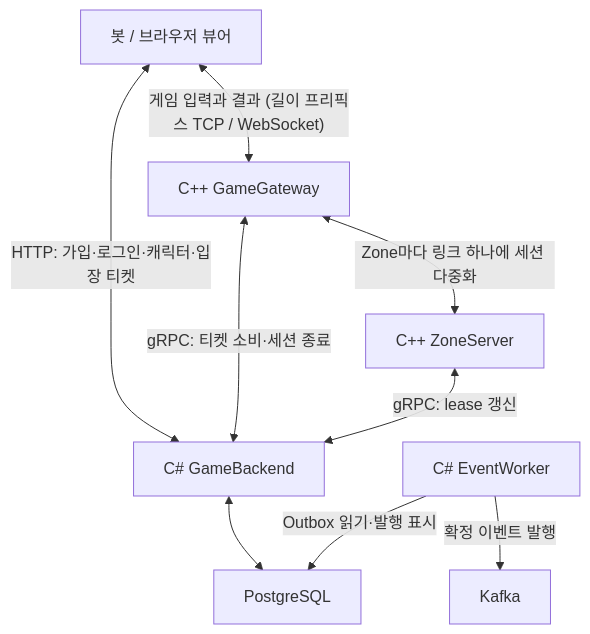
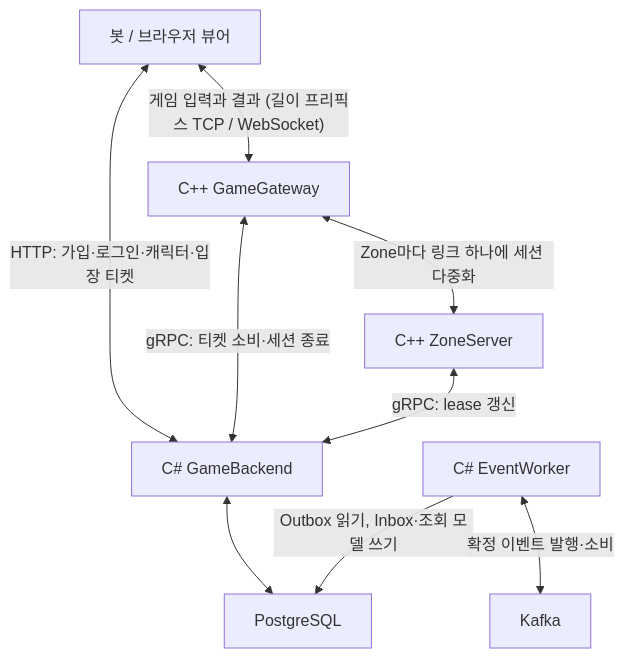
The first of 9 diagrams in README.md (hstar0124/sa-server), drawn with Mermaid before and after one commit. The commit also changed other lines of this file and 6 other files, not shown here.

````diff
--- a/README.md
+++ b/README.md
@@ -11,19 +11,19 @@
 ```mermaid
 flowchart TD
     C["봇 / 브라우저 뷰어"]
     G["C++ GameGateway"]
     Z["C++ ZoneServer"]
     B["C# GameBackend"]
     P["PostgreSQL"]
     E["C# EventWorker"]
     K["Kafka"]
 
     C <-->|"게임 입력과 결과 (길이 프리픽스 TCP / WebSocket)"| G
     C <-->|"HTTP: 가입·로그인·캐릭터·입장 티켓"| B
     G <-->|"Zone마다 링크 하나에 세션 다중화"| Z
     G <-->|"gRPC: 티켓 소비·세션 종료"| B
     Z <-->|"gRPC: lease 갱신"| B
     B <--> P
-    E -->|"Outbox 읽기·발행 표시"| P
-    E -->|"확정 이벤트 발행"| K
+    E -->|"Outbox 읽기, Inbox·조회 모델 쓰기"| P
+    E <-->|"확정 이벤트 발행·소비"| K
 ```
````
